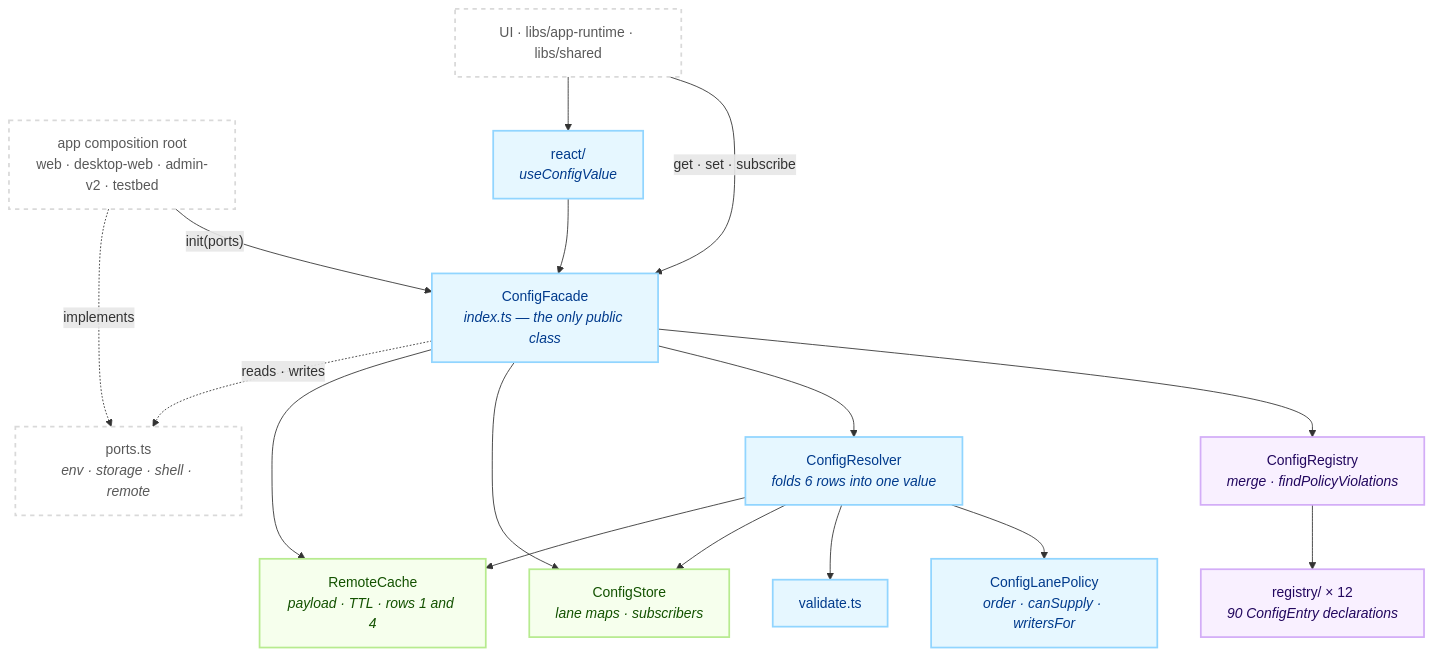
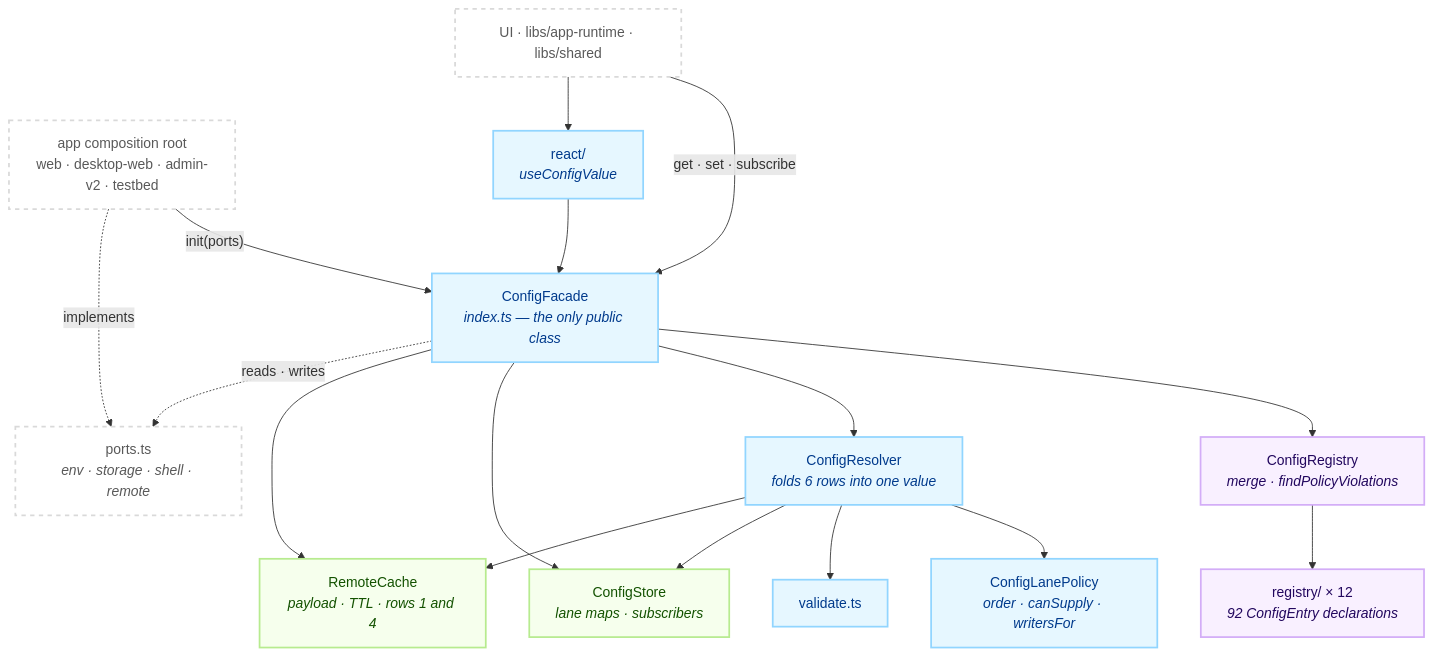
The first of 2 diagrams in libs/config/README.md (lemoncloud-io/dou-app), drawn with Mermaid before and after one commit. The commit also changed other lines of this file and 36 other files, not shown here.

````diff
--- a/libs/config/README.md
+++ b/libs/config/README.md
@@ -60,40 +60,40 @@
 ```mermaid
 flowchart TD
     classDef decl fill:#f9f0ff,stroke:#d3adf7,stroke-width:2px,color:#22075e;
     classDef resl fill:#e6f7ff,stroke:#91d5ff,stroke-width:2px,color:#003a8c;
     classDef hold fill:#f6ffed,stroke:#b7eb8f,stroke-width:2px,color:#135200;
     classDef ext fill:#ffffff,stroke:#d9d9d9,stroke-width:2px,color:#595959,stroke-dasharray: 5 5;
 
     App["app composition root<br/>web · desktop-web · admin-v2 · testbed"]:::ext
     UI["UI · libs/app-runtime · libs/shared"]:::ext
 
     Facade["ConfigFacade<br/><i>index.ts — the only public class</i>"]:::resl
     React["react/<br/><i>useConfigValue</i>"]:::resl
 
     Registry["ConfigRegistry<br/><i>merge · findPolicyViolations</i>"]:::decl
-    Modules["registry/ × 12<br/><i>90 ConfigEntry declarations</i>"]:::decl
+    Modules["registry/ × 12<br/><i>92 ConfigEntry declarations</i>"]:::decl
 
     Resolver["ConfigResolver<br/><i>folds 6 rows into one value</i>"]:::resl
     Policy["ConfigLanePolicy<br/><i>order · canSupply · writersFor</i>"]:::resl
     Validate["validate.ts"]:::resl
 
     Store["ConfigStore<br/><i>lane maps · subscribers</i>"]:::hold
     Remote["RemoteCache<br/><i>payload · TTL · rows 1 and 4</i>"]:::hold
 
     Ports["ports.ts<br/><i>env · storage · shell · remote</i>"]:::ext
 
     App -->|"init(ports)"| Facade
     UI -->|"get · set · subscribe"| Facade
     UI --> React
     React --> Facade
     Facade --> Registry --> Modules
     Facade --> Resolver
     Facade --> Store
     Facade --> Remote
     Resolver --> Policy
     Resolver --> Validate
     Resolver --> Store
     Resolver --> Remote
     Facade -.->|"reads · writes"| Ports
     App -.->|"implements"| Ports
 ```
````
